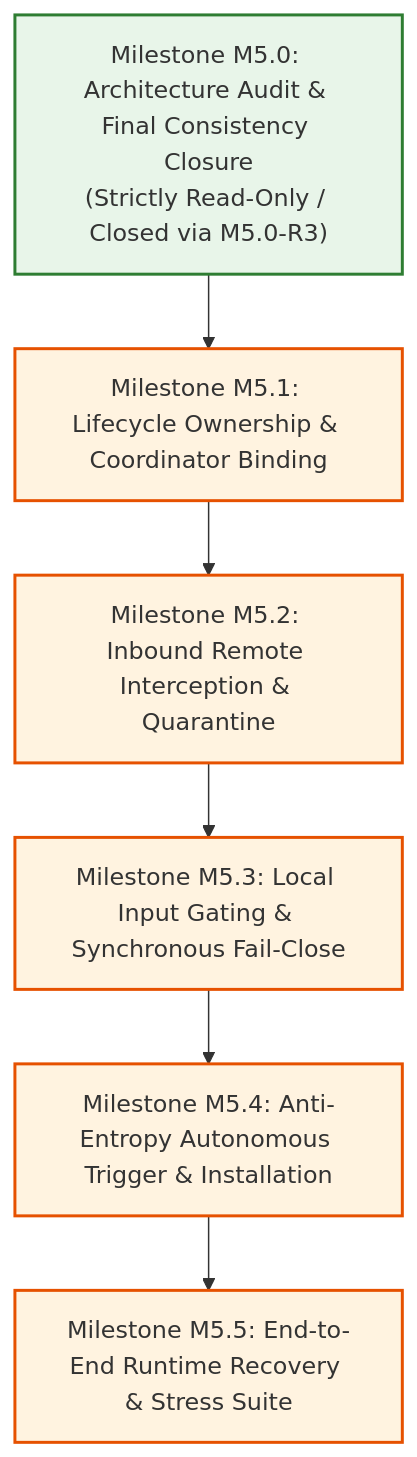
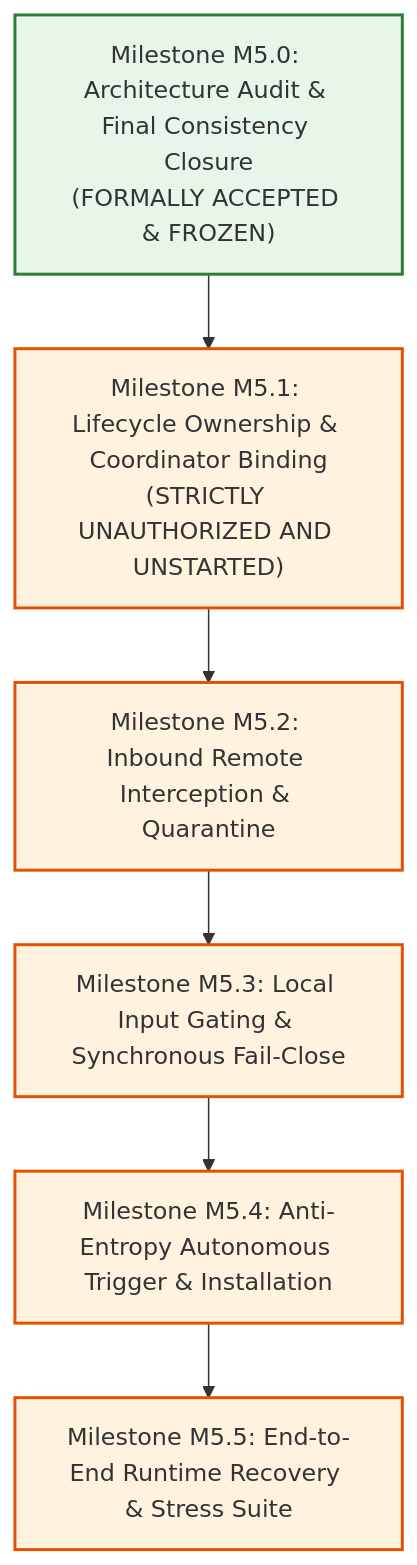
Before and after one commit to Tejdeepakchandra/SyncPlay_Protocol: the diagram in docs/PHASE7_5_M5_IMPLEMENTATION_ROADMAP.md, drawn with Mermaid. The commit also changed other lines of this file and 5 other files, not shown here.

Commit message:
docs(phase-7.5-m5): formal architectural acceptance and baseline freeze (m5.0-final)

````diff
--- a/docs/PHASE7_5_M5_IMPLEMENTATION_ROADMAP.md
+++ b/docs/PHASE7_5_M5_IMPLEMENTATION_ROADMAP.md
@@ -17,15 +17,15 @@
 ```mermaid
 flowchart TD
-    M5_0["Milestone M5.0: Architecture Audit & Final Consistency Closure<br/>(Strictly Read-Only / Closed via M5.0-R3)"] --> M5_1["Milestone M5.1: Lifecycle Ownership & Coordinator Binding"]
+    M5_0["Milestone M5.0: Architecture Audit & Final Consistency Closure<br/>(FORMALLY ACCEPTED & FROZEN)"] --> M5_1["Milestone M5.1: Lifecycle Ownership & Coordinator Binding<br/>(STRICTLY UNAUTHORIZED AND UNSTARTED)"]
     M5_1 --> M5_2["Milestone M5.2: Inbound Remote Interception & Quarantine"]
     M5_2 --> M5_3["Milestone M5.3: Local Input Gating & Synchronous Fail-Close"]
     M5_3 --> M5_4["Milestone M5.4: Anti-Entropy Autonomous Trigger & Installation"]
     M5_4 --> M5_5["Milestone M5.5: End-to-End Runtime Recovery & Stress Suite"]
 
     style M5_0 fill:#e8f5e9,stroke:#2e7d32,stroke-width:2px
     style M5_1 fill:#fff3e0,stroke:#e65100,stroke-width:2px
     style M5_2 fill:#fff3e0,stroke:#e65100,stroke-width:2px
     style M5_3 fill:#fff3e0,stroke:#e65100,stroke-width:2px
     style M5_4 fill:#fff3e0,stroke:#e65100,stroke-width:2px
     style M5_5 fill:#fff3e0,stroke:#e65100,stroke-width:2px
 ```
````
